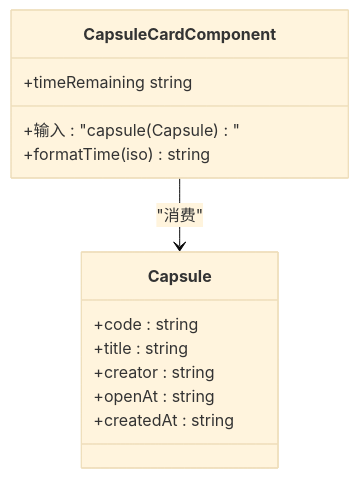
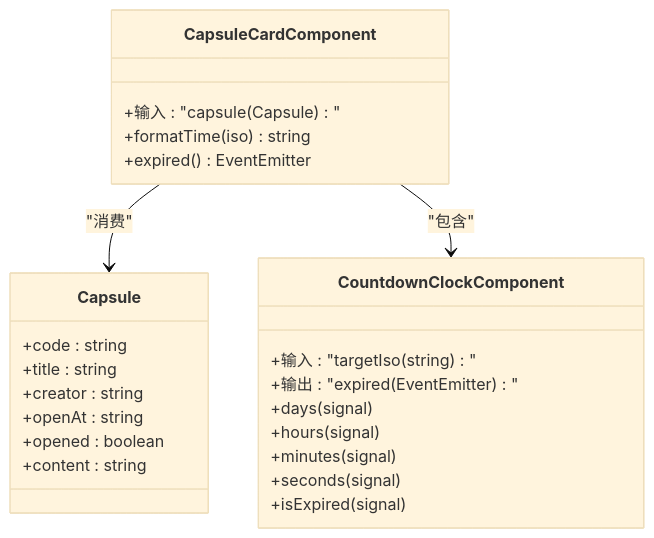
One commit to alexy2008/TimeCapsule changed the fifth of 10 diagrams in .qoder/repowiki/zh/content/前端实现详解/Angular 实现/组件系统架构/组件系统架构.md. Above: the diagram before and after it, drawn with Mermaid (base theme). The commit also changed other lines of this file and 22 other files, not shown here.

````diff
--- a/.qoder/repowiki/zh/content/前端实现详解/Angular 实现/组件系统架构/组件系统架构.md
+++ b/.qoder/repowiki/zh/content/前端实现详解/Angular 实现/组件系统架构/组件系统架构.md
@@ -240,16 +270,27 @@
 ```mermaid
 classDiagram
 class CapsuleCardComponent {
 +输入 : "capsule(Capsule)"
 +formatTime(iso) string
-+timeRemaining string
++expired() EventEmitter
 }
 class Capsule {
 +code : string
 +title : string
 +creator : string
 +openAt : string
-+createdAt : string
++opened : boolean
++content : string
+}
+class CountdownClockComponent {
++输入 : "targetIso(string)"
++输出 : "expired(EventEmitter)"
++days(signal)
++hours(signal)
++minutes(signal)
++seconds(signal)
++isExpired(signal)
 }
 CapsuleCardComponent --> Capsule : "消费"
+CapsuleCardComponent --> CountdownClockComponent : "包含"
 ```
````
